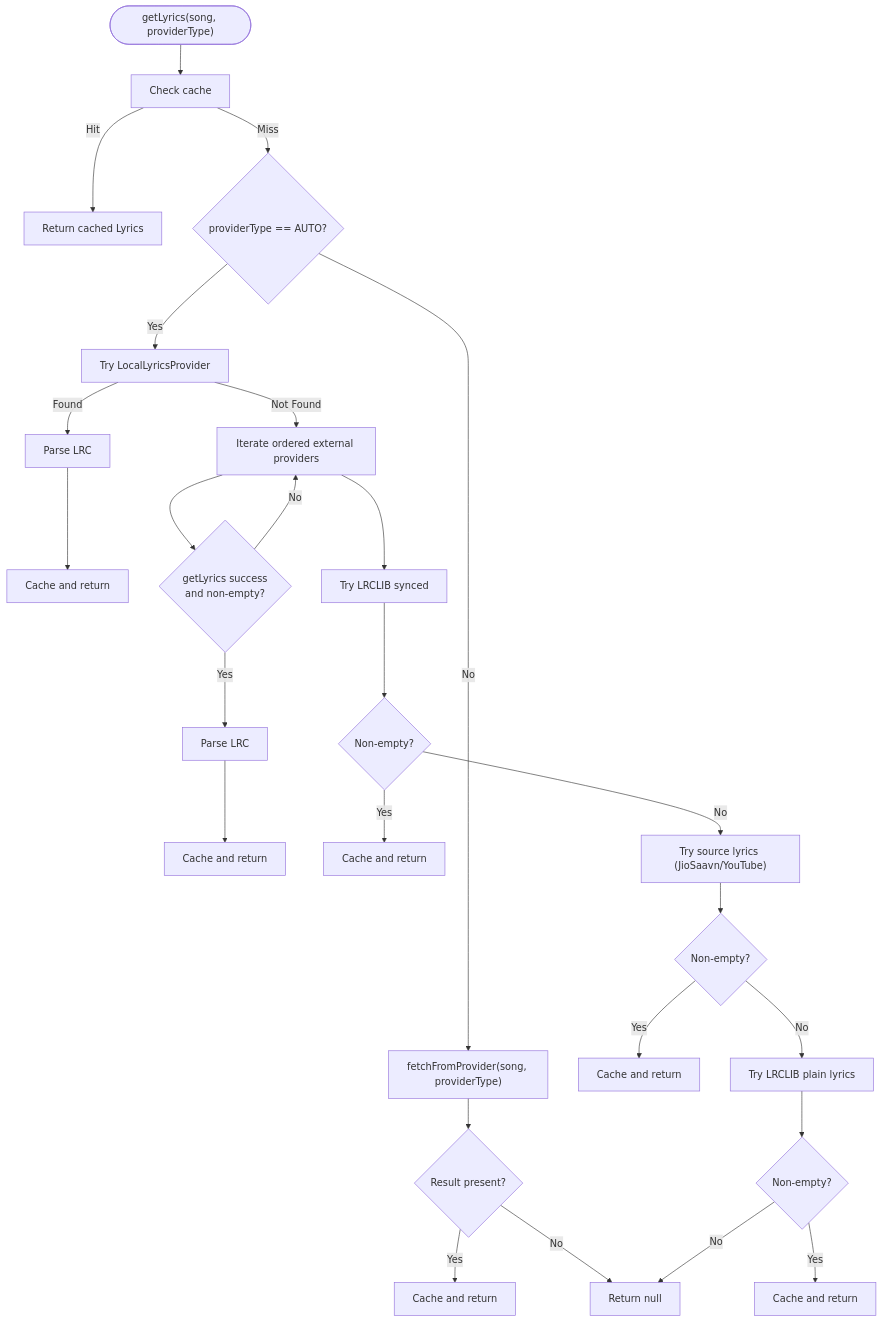
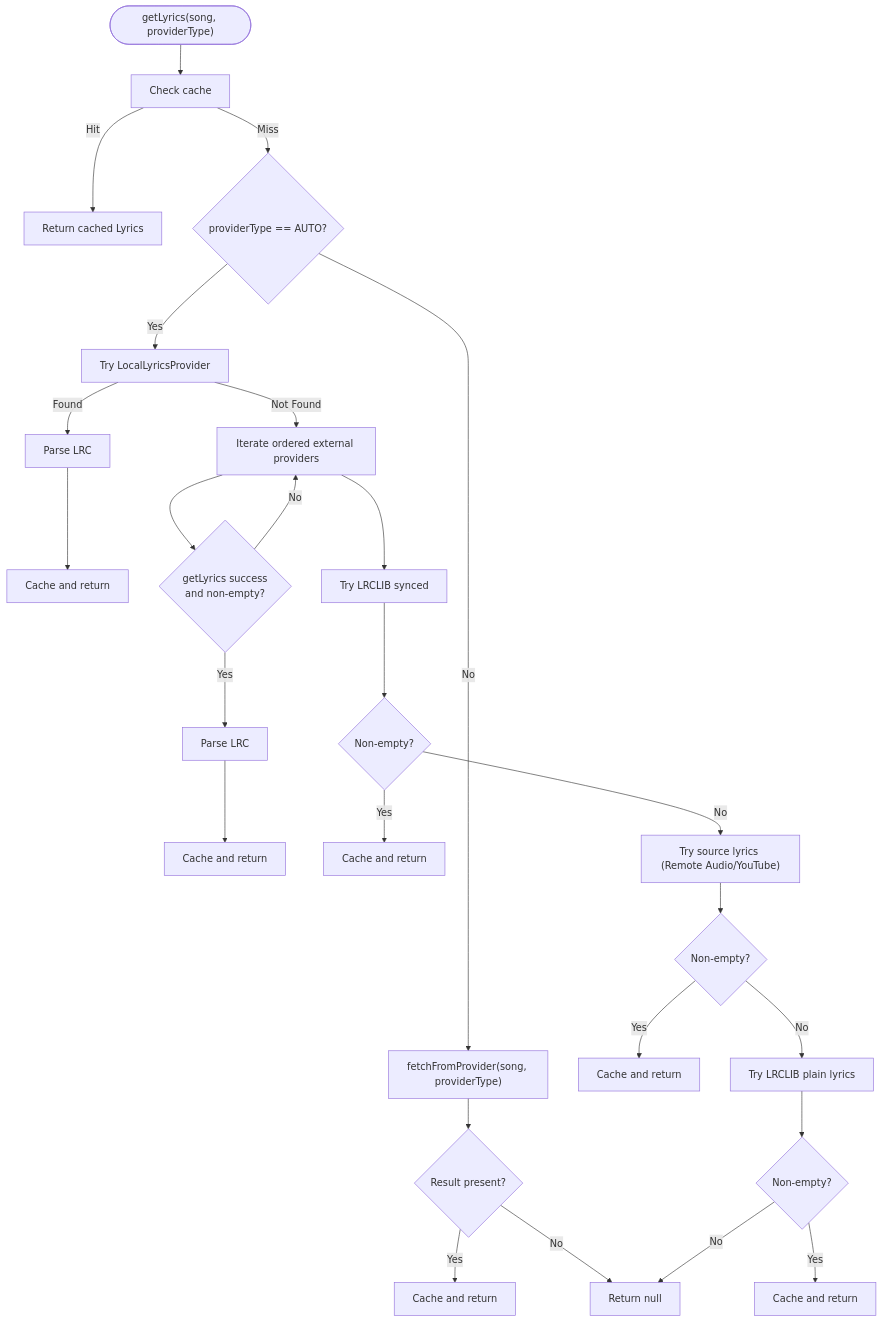
Before and after one commit to suvojeet-sengupta/SuvMusic: the third of 4 diagrams in docs/Lyrics System/Lyric Providers/Lyrics Provider Interface.md, drawn with Mermaid. The commit also changed other lines of this file and 32 other files, not shown here.

````diff
--- a/docs/Lyrics System/Lyric Providers/Lyrics Provider Interface.md
+++ b/docs/Lyrics System/Lyric Providers/Lyrics Provider Interface.md
@@ -227,26 +227,26 @@
 ```mermaid
 flowchart TD
 Start(["getLyrics(song, providerType)"]) --> CacheCheck["Check cache"]
 CacheCheck --> |Hit| ReturnCache["Return cached Lyrics"]
 CacheCheck --> |Miss| Mode{"providerType == AUTO?"}
 Mode --> |No| DirectFetch["fetchFromProvider(song, providerType)"]
 DirectFetch --> DirectResult{"Result present?"}
 DirectResult --> |Yes| CacheDirect["Cache and return"]
 DirectResult --> |No| ReturnNull["Return null"]
 Mode --> |Yes| LocalCheck["Try LocalLyricsProvider"]
 LocalCheck --> |Found| ParseLocal["Parse LRC"] --> CacheLocal["Cache and return"]
 LocalCheck --> |Not Found| ExtLoop["Iterate ordered external providers"]
 ExtLoop --> ExtSuccess{"getLyrics success<br/>and non-empty?"}
 ExtSuccess --> |Yes| ParseExt["Parse LRC"] --> CacheExt["Cache and return"]
 ExtSuccess --> |No| ExtLoop
 ExtLoop --> LRCLibSync["Try LRCLIB synced"]
 LRCLibSync --> LRCLibSyncOK{"Non-empty?"}
 LRCLibSyncOK --> |Yes| CacheLRCLibSync["Cache and return"]
-LRCLibSyncOK --> |No| Source["Try source lyrics (JioSaavn/YouTube)"]
+LRCLibSyncOK --> |No| Source["Try source lyrics (Remote Audio/YouTube)"]
 Source --> SourceOK{"Non-empty?"}
 SourceOK --> |Yes| CacheSource["Cache and return"]
 SourceOK --> |No| LRCLibPlain["Try LRCLIB plain lyrics"]
 LRCLibPlain --> LRCLibPlainOK{"Non-empty?"}
 LRCLibPlainOK --> |Yes| CacheLRCLibPlain["Cache and return"]
 LRCLibPlainOK --> |No| ReturnNull
 ```
````
